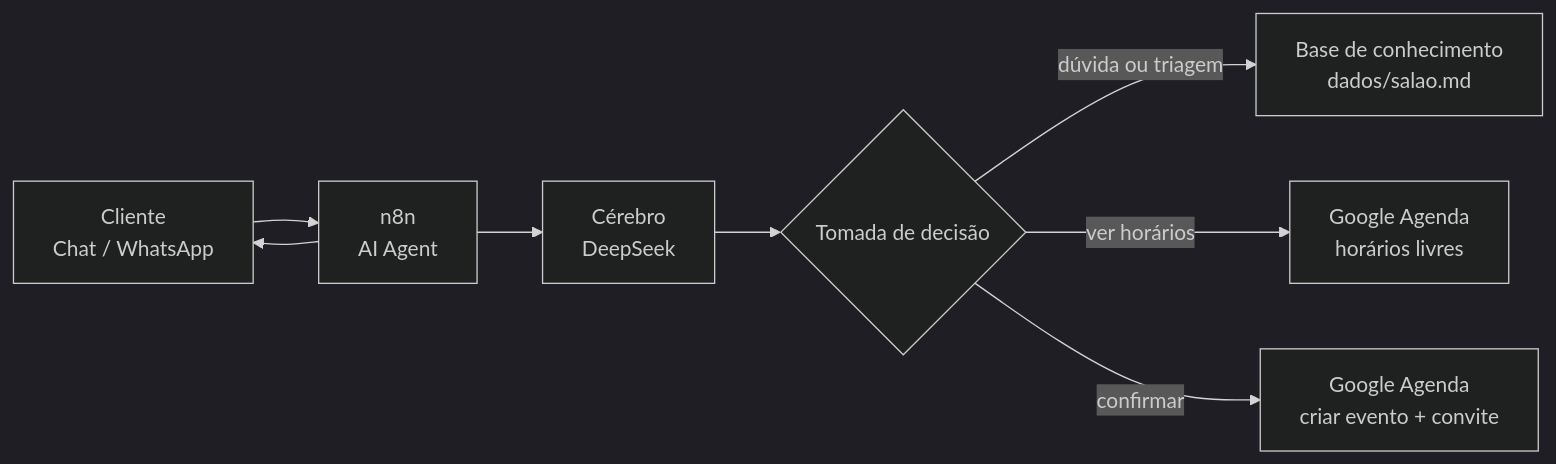
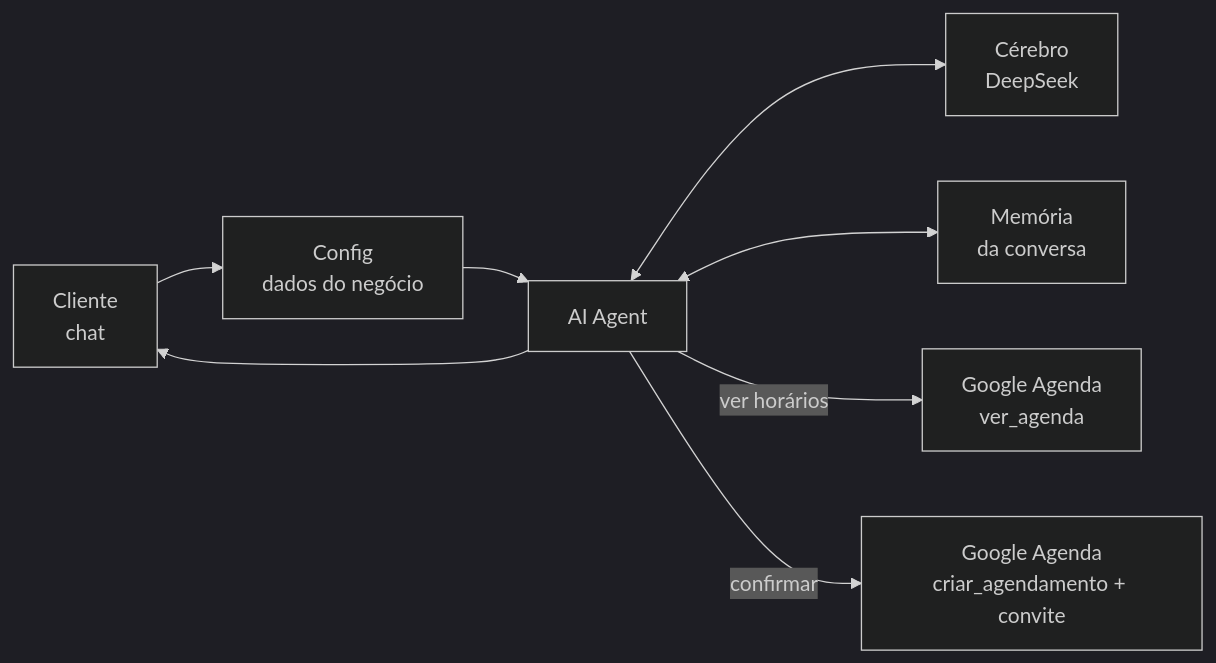
One commit to kbrianps/jabuticaba changed the diagram in README.md. Above: the diagram before and after it, drawn with Mermaid (dark theme). The commit also changed other lines of this file and 6 other files, not shown here.

````diff
--- a/README.md
+++ b/README.md
@@ -36,10 +43,10 @@
 ```mermaid
 flowchart LR
-    U[Cliente<br/>Chat / WhatsApp] --> N[n8n<br/>AI Agent]
-    N --> L[Cérebro<br/>DeepSeek]
-    L --> D{Tomada de decisão}
-    D -- dúvida ou triagem --> K[Base de conhecimento<br/>dados/salao.md]
-    D -- ver horários --> G1[Google Agenda<br/>horários livres]
-    D -- confirmar --> G2[Google Agenda<br/>criar evento + convite]
-    N --> U
+    U[Cliente<br/>chat] --> C[Config<br/>dados do negócio]
+    C --> A[AI Agent]
+    A <--> L[Cérebro<br/>DeepSeek]
+    A <--> M[Memória<br/>da conversa]
+    A -- ver horários --> G1[Google Agenda<br/>ver_agenda]
+    A -- confirmar --> G2[Google Agenda<br/>criar_agendamento + convite]
+    A --> U
 ```
````
